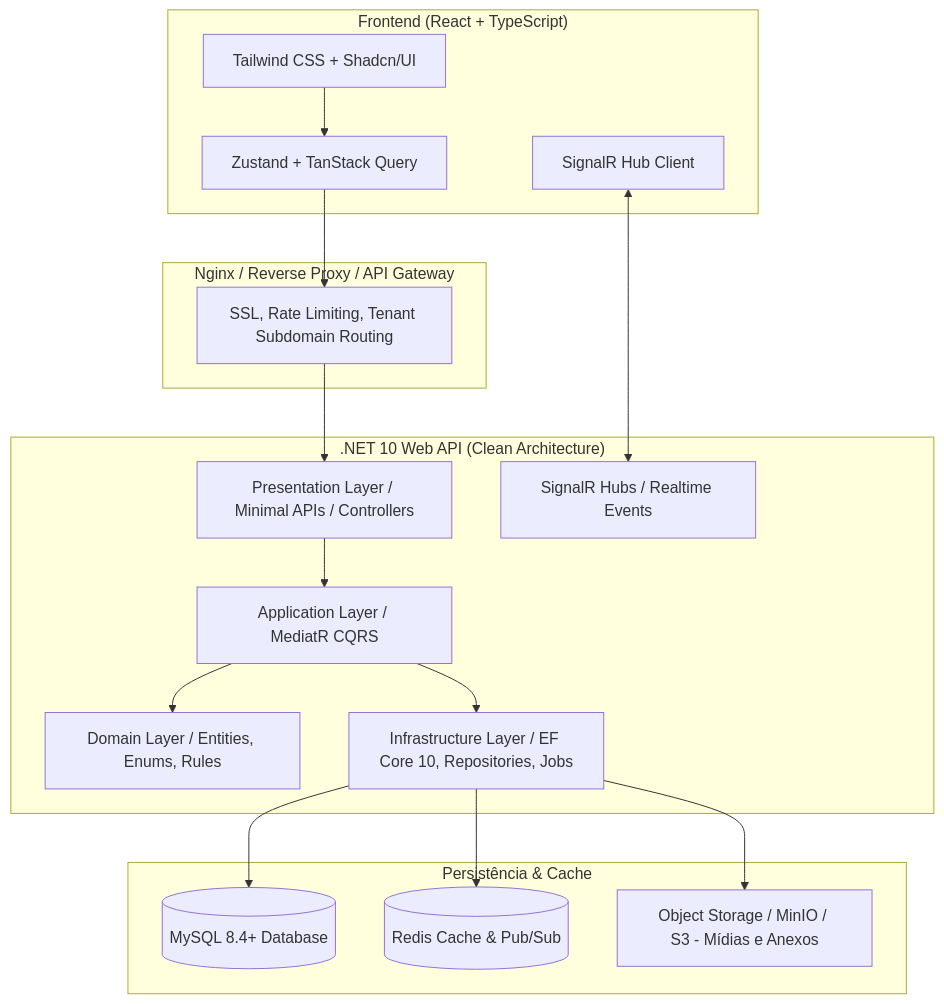
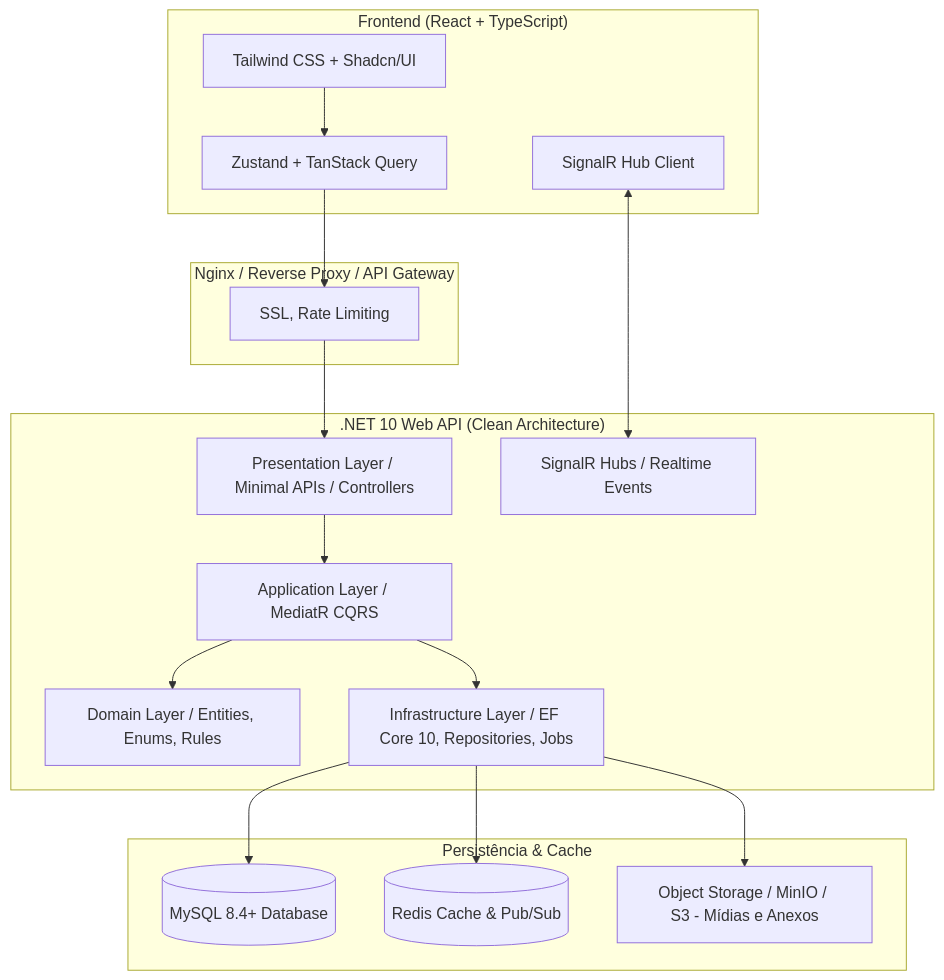
The diagram in docs/02-arquitetura-tecnica.md (pacmanalx/socialtool-rh), drawn with Mermaid before and after one commit. The commit also changed other lines of this file and 71 other files, not shown here.

````diff
--- a/docs/02-arquitetura-tecnica.md
+++ b/docs/02-arquitetura-tecnica.md
@@ -7,37 +7,37 @@
 ```mermaid
 flowchart TB
     subgraph Frontend ["Frontend (React + TypeScript)"]
         UI[Tailwind CSS + Shadcn/UI]
         State[Zustand + TanStack Query]
         SignalRClient[SignalR Hub Client]
     end
 
     subgraph Gateway ["Nginx / Reverse Proxy / API Gateway"]
-        Proxy[SSL, Rate Limiting, Tenant Subdomain Routing]
+        Proxy[SSL, Rate Limiting]
     end
 
     subgraph Backend [".NET 10 Web API (Clean Architecture)"]
         API[Presentation Layer / Minimal APIs / Controllers]
         App[Application Layer / MediatR CQRS]
         Domain[Domain Layer / Entities, Enums, Rules]
         Infra[Infrastructure Layer / EF Core 10, Repositories, Jobs]
         Realtime[SignalR Hubs / Realtime Events]
     end
 
     subgraph Storage ["Persistência & Cache"]
         MySQL[(MySQL 8.4+ Database)]
         Redis[(Redis Cache & Pub/Sub)]
         S3[Object Storage / MinIO / S3 - Mídias e Anexos]
     end
 
     UI --> State
     State --> Proxy
     SignalRClient <--> Realtime
     Proxy --> API
     API --> App
     App --> Domain
     App --> Infra
     Infra --> MySQL
     Infra --> Redis
     Infra --> S3
 ```
````
